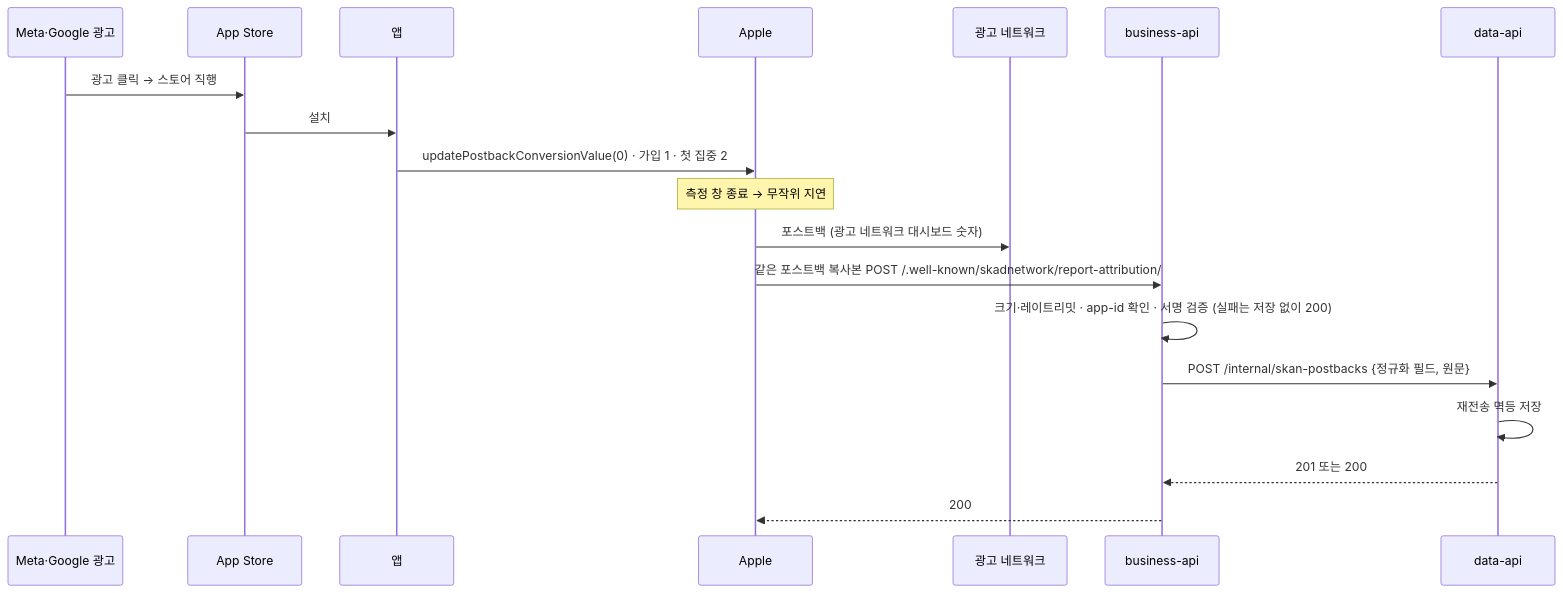
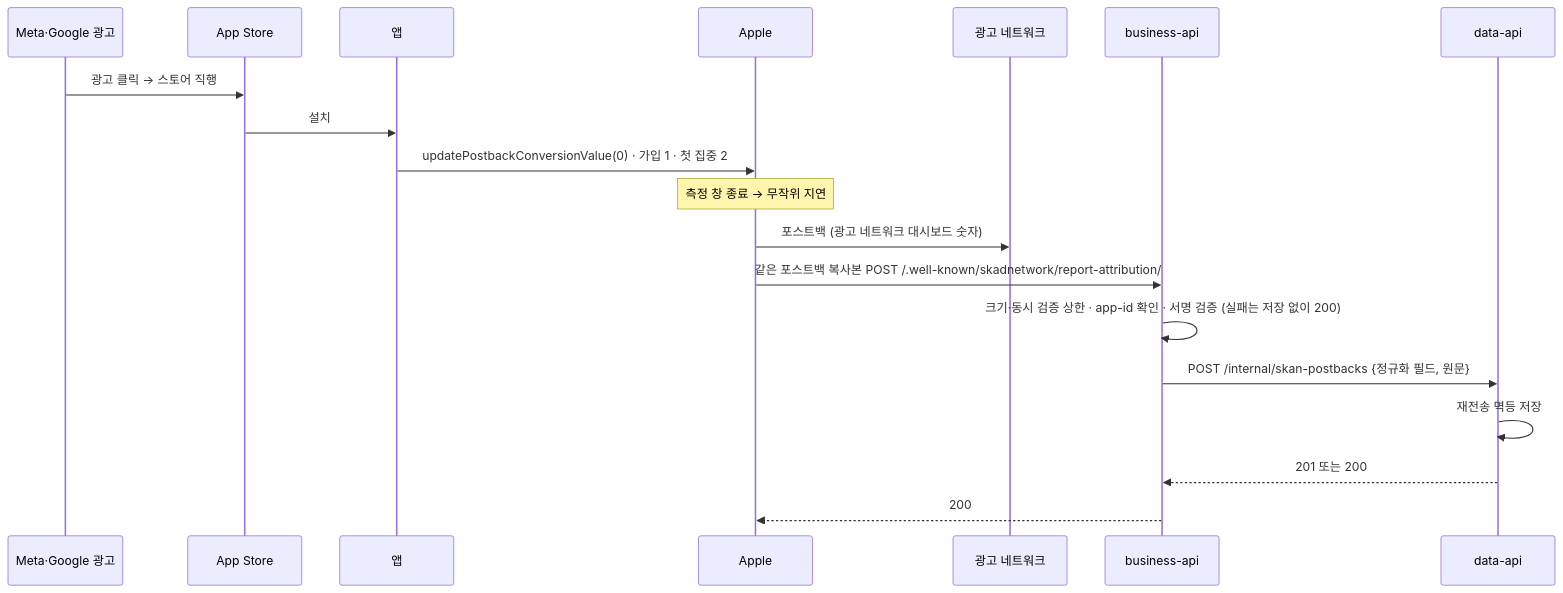
Before and after one commit to OneOrThree/phone: the fourth of 4 diagrams in docs/prd/link-attribution/high-level-design.md, drawn with Mermaid. The commit also changed other lines of this file and 4 other files, not shown here.

````diff
--- a/docs/prd/link-attribution/high-level-design.md
+++ b/docs/prd/link-attribution/high-level-design.md
@@ -123,21 +123,21 @@
 ```mermaid
 sequenceDiagram
   participant Ad as Meta·Google 광고
   participant S as App Store
   participant A as 앱
   participant AP as Apple
   participant N as 광고 네트워크
   participant B as business-api
   participant D as data-api
   Ad->>S: 광고 클릭 → 스토어 직행
   S->>A: 설치
   A->>AP: updatePostbackConversionValue(0) · 가입 1 · 첫 집중 2
   Note over AP: 측정 창 종료 → 무작위 지연
   AP->>N: 포스트백 (광고 네트워크 대시보드 숫자)
   AP->>B: 같은 포스트백 복사본 POST /.well-known/skadnetwork/report-attribution/
-  B->>B: 크기·레이트리밋 · app-id 확인 · 서명 검증 (실패는 저장 없이 200)
+  B->>B: 크기·동시 검증 상한 · app-id 확인 · 서명 검증 (실패는 저장 없이 200)
   B->>D: POST /internal/skan-postbacks {정규화 필드, 원문}
   D->>D: 재전송 멱등 저장
   D-->>B: 201 또는 200
   B-->>AP: 200
 ```
````
